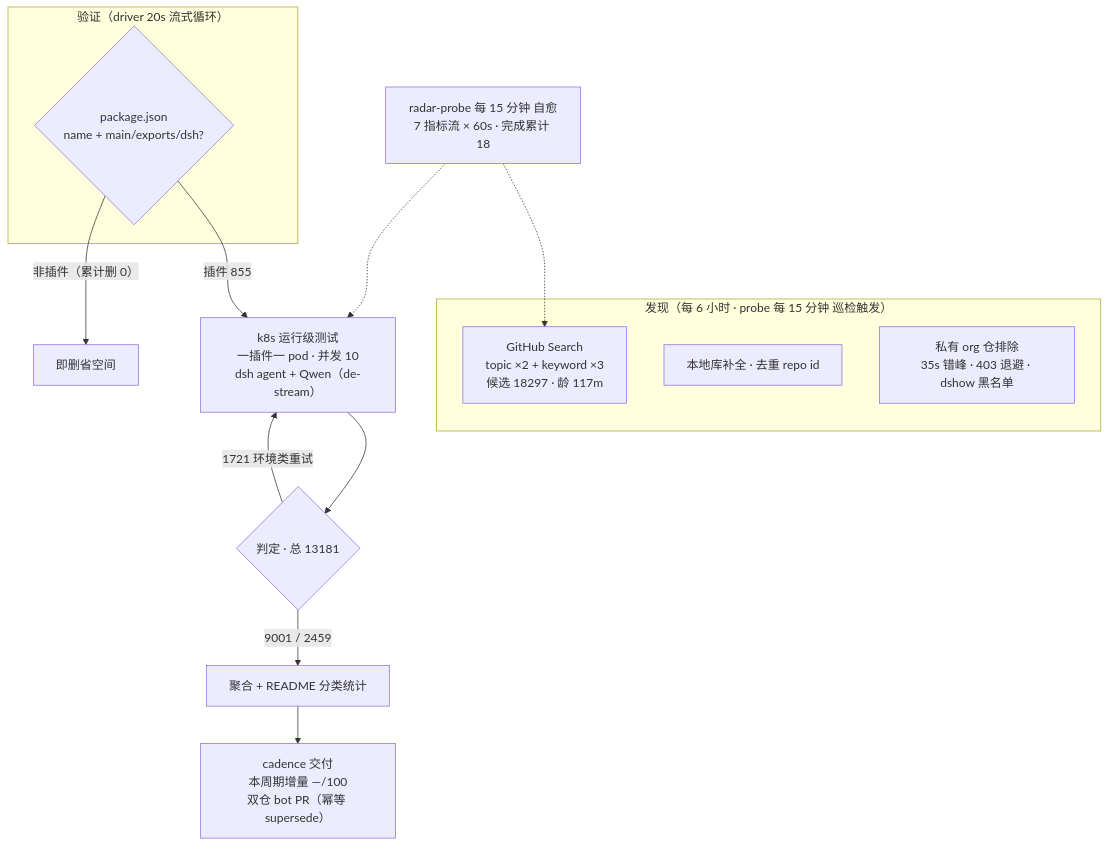
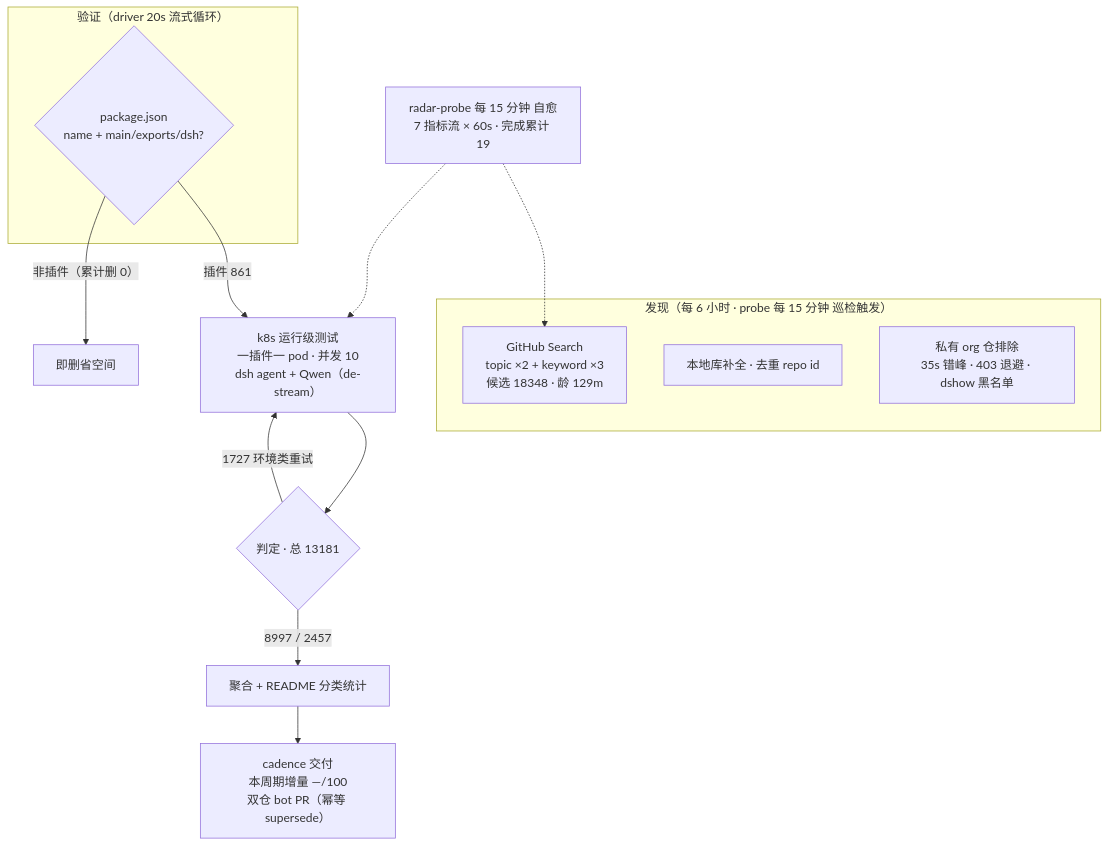
Before and after one commit to Zhidao-Lab-OSS/awesome-dsh-plugins: the diagram in README.md, drawn with Mermaid. The commit also changed other lines of this file and 1 other file, not shown here.

````diff
--- a/README.md
+++ b/README.md
@@ -52,20 +52,20 @@
 ```mermaid
 flowchart TB
     subgraph Discovery["发现（每 6 小时 · probe 每 15 分钟 巡检触发）"]
-        A1["GitHub Search<br/>topic ×2 + keyword ×3<br/>候选 18297 · 龄 117m"]
+        A1["GitHub Search<br/>topic ×2 + keyword ×3<br/>候选 18348 · 龄 129m"]
         A2["本地库补全 · 去重 repo id"]
         A3["私有 org 仓排除<br/>35s 错峰 · 403 退避 · dshow 黑名单"]
     end
     subgraph Validation["验证（driver 20s 流式循环）"]
         B1{"package.json<br/>name + main/exports/dsh?"}
     end
-    B1 -->|"插件 855"| C1["k8s 运行级测试<br/>一插件一 pod · 并发 10<br/>dsh agent + Qwen（de-stream）"]
+    B1 -->|"插件 861"| C1["k8s 运行级测试<br/>一插件一 pod · 并发 10<br/>dsh agent + Qwen（de-stream）"]
     B1 -->|"非插件（累计删 0）"| B3["即删省空间"]
     C1 --> D1{"判定 · 总 13181"}
-    D1 -->|"9001 / 2459"| E1["聚合 + README 分类统计"]
-    D1 -->|"1721 环境类重试"| C1
+    D1 -->|"8997 / 2457"| E1["聚合 + README 分类统计"]
+    D1 -->|"1727 环境类重试"| C1
     E1 --> E2["cadence 交付<br/>本周期增量 —/100<br/>双仓 bot PR（幂等 supersede）"]
-    M["radar-probe 每 15 分钟 自愈<br/>7 指标流 × 60s · 完成累计 18"]
+    M["radar-probe 每 15 分钟 自愈<br/>7 指标流 × 60s · 完成累计 19"]
     M -.-> A1
     M -.-> C1
 ```
````
